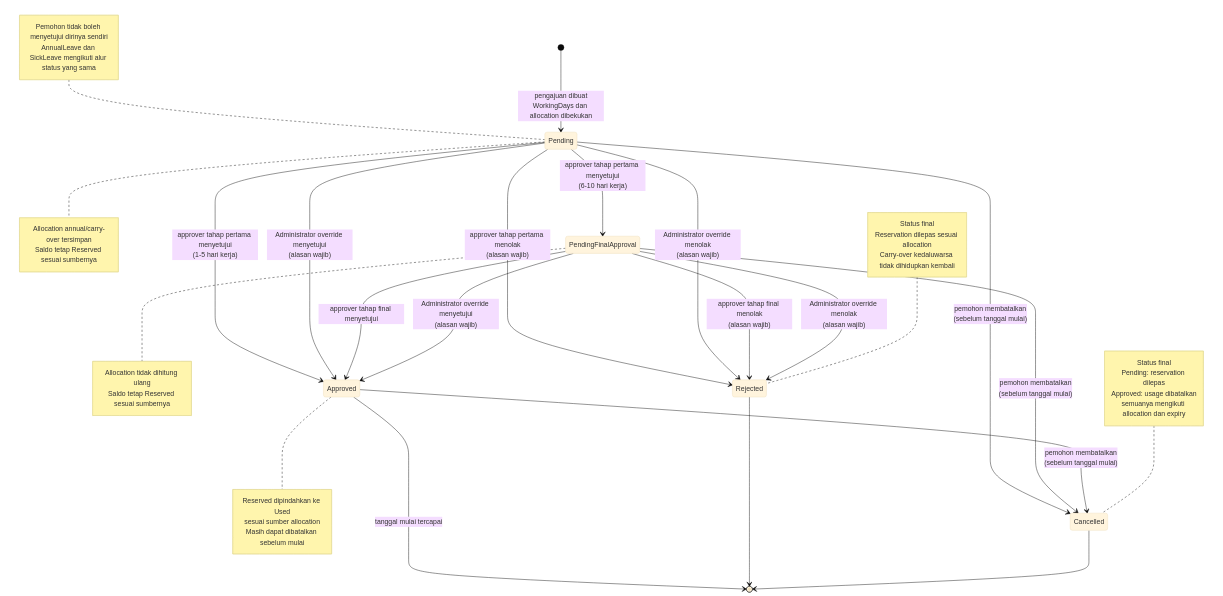
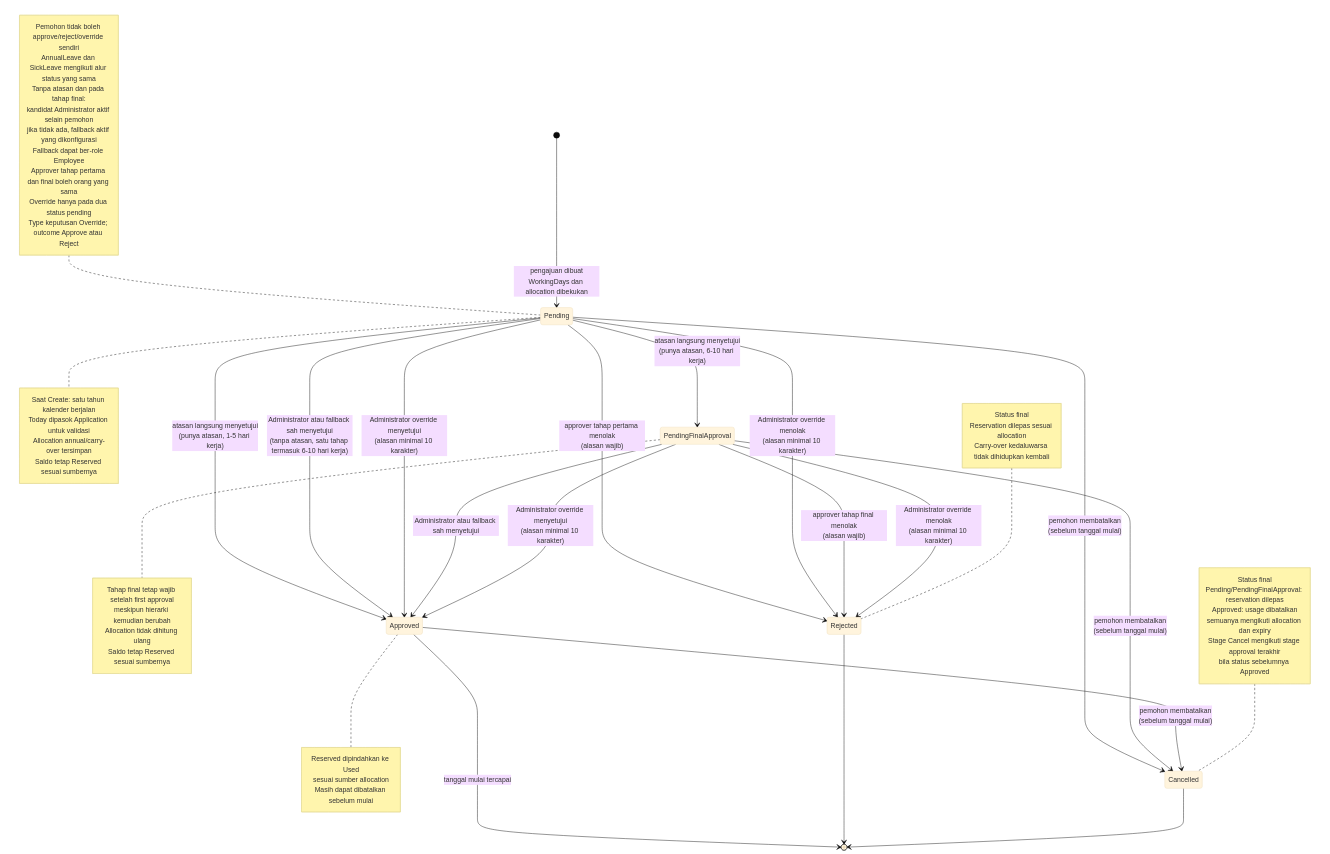
Before and after one commit to malllvinnn/leave-management: the diagram in docs/diagrams/state-machine.mermaid, drawn with Mermaid (base theme). The commit also changed 3 other files, not shown here.

Commit message:
docs(domain): sync domain and approval workflow diagrams

```diff
--- a/docs/diagrams/state-machine.mermaid
+++ b/docs/diagrams/state-machine.mermaid
@@ -1,55 +1,71 @@
+%% Target lifecycle: PRD BR-09, BR-10b, BR-14/BR-14a, BR-15, BR-19 and BR-20.
+%% Application resolves actors and coordinates request/balance changes in one transaction.
 stateDiagram-v2
     [*] --> Pending: pengajuan dibuat<br/>WorkingDays dan allocation dibekukan
 
-    Pending --> Approved: approver tahap pertama menyetujui<br/>(1-5 hari kerja)
-    Pending --> PendingFinalApproval: approver tahap pertama menyetujui<br/>(6-10 hari kerja)
+    Pending --> Approved: atasan langsung menyetujui<br/>(punya atasan, 1-5 hari kerja)
+    Pending --> Approved: Administrator atau fallback sah menyetujui<br/>(tanpa atasan, satu tahap termasuk 6-10 hari kerja)
+    Pending --> PendingFinalApproval: atasan langsung menyetujui<br/>(punya atasan, 6-10 hari kerja)
     Pending --> Rejected: approver tahap pertama menolak<br/>(alasan wajib)
-    Pending --> Approved: Administrator override menyetujui<br/>(alasan wajib)
-    Pending --> Rejected: Administrator override menolak<br/>(alasan wajib)
+    Pending --> Approved: Administrator override menyetujui<br/>(alasan minimal 10 karakter)
+    Pending --> Rejected: Administrator override menolak<br/>(alasan minimal 10 karakter)
     Pending --> Cancelled: pemohon membatalkan<br/>(sebelum tanggal mulai)
 
-    PendingFinalApproval --> Approved: approver tahap final menyetujui
+    PendingFinalApproval --> Approved: Administrator atau fallback sah menyetujui
     PendingFinalApproval --> Rejected: approver tahap final menolak<br/>(alasan wajib)
-    PendingFinalApproval --> Approved: Administrator override menyetujui<br/>(alasan wajib)
-    PendingFinalApproval --> Rejected: Administrator override menolak<br/>(alasan wajib)
+    PendingFinalApproval --> Approved: Administrator override menyetujui<br/>(alasan minimal 10 karakter)
+    PendingFinalApproval --> Rejected: Administrator override menolak<br/>(alasan minimal 10 karakter)
     PendingFinalApproval --> Cancelled: pemohon membatalkan<br/>(sebelum tanggal mulai)
 
     Approved --> Cancelled: pemohon membatalkan<br/>(sebelum tanggal mulai)
     Approved --> [*]: tanggal mulai tercapai
 
     Rejected --> [*]
     Cancelled --> [*]
 
     note right of Pending
+        Saat Create: satu tahun kalender berjalan
+        Today dipasok Application untuk validasi
         Allocation annual/carry-over tersimpan
         Saldo tetap Reserved sesuai sumbernya
     end note
 
     note right of PendingFinalApproval
+        Tahap final tetap wajib setelah first approval
+        meskipun hierarki kemudian berubah
         Allocation tidak dihitung ulang
         Saldo tetap Reserved sesuai sumbernya
     end note
 
     note right of Approved
         Reserved dipindahkan ke Used
         sesuai sumber allocation
         Masih dapat dibatalkan sebelum mulai
     end note
 
     note left of Rejected
         Status final
         Reservation dilepas sesuai allocation
         Carry-over kedaluwarsa tidak dihidupkan kembali
     end note
 
     note left of Cancelled
         Status final
-        Pending: reservation dilepas
+        Pending/PendingFinalApproval: reservation dilepas
         Approved: usage dibatalkan
         semuanya mengikuti allocation dan expiry
+        Stage Cancel mengikuti stage approval terakhir
+        bila status sebelumnya Approved
     end note
 
     note left of Pending
-        Pemohon tidak boleh menyetujui dirinya sendiri
+        Pemohon tidak boleh approve/reject/override sendiri
         AnnualLeave dan SickLeave mengikuti alur status yang sama
+        Tanpa atasan dan pada tahap final:
+        kandidat Administrator aktif selain pemohon
+        jika tidak ada, fallback aktif yang dikonfigurasi
+        Fallback dapat ber-role Employee
+        Approver tahap pertama dan final boleh orang yang sama
+        Override hanya pada dua status pending
+        Type keputusan Override; outcome Approve atau Reject
     end note
```
